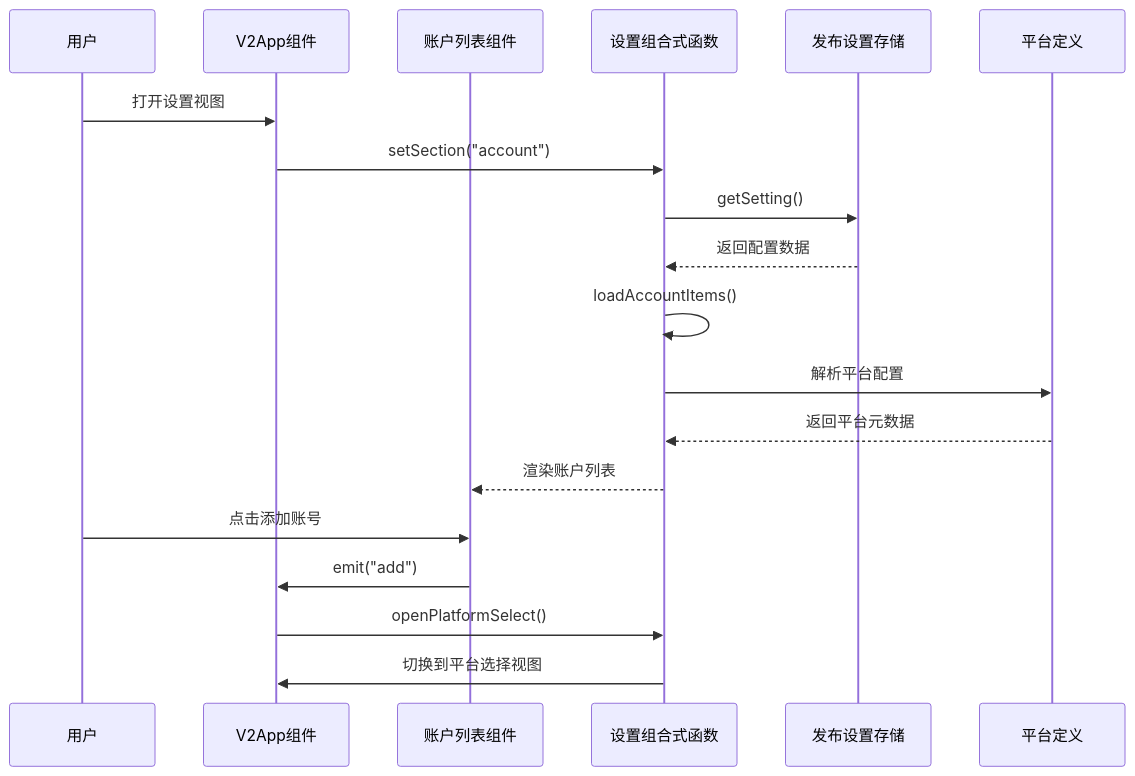
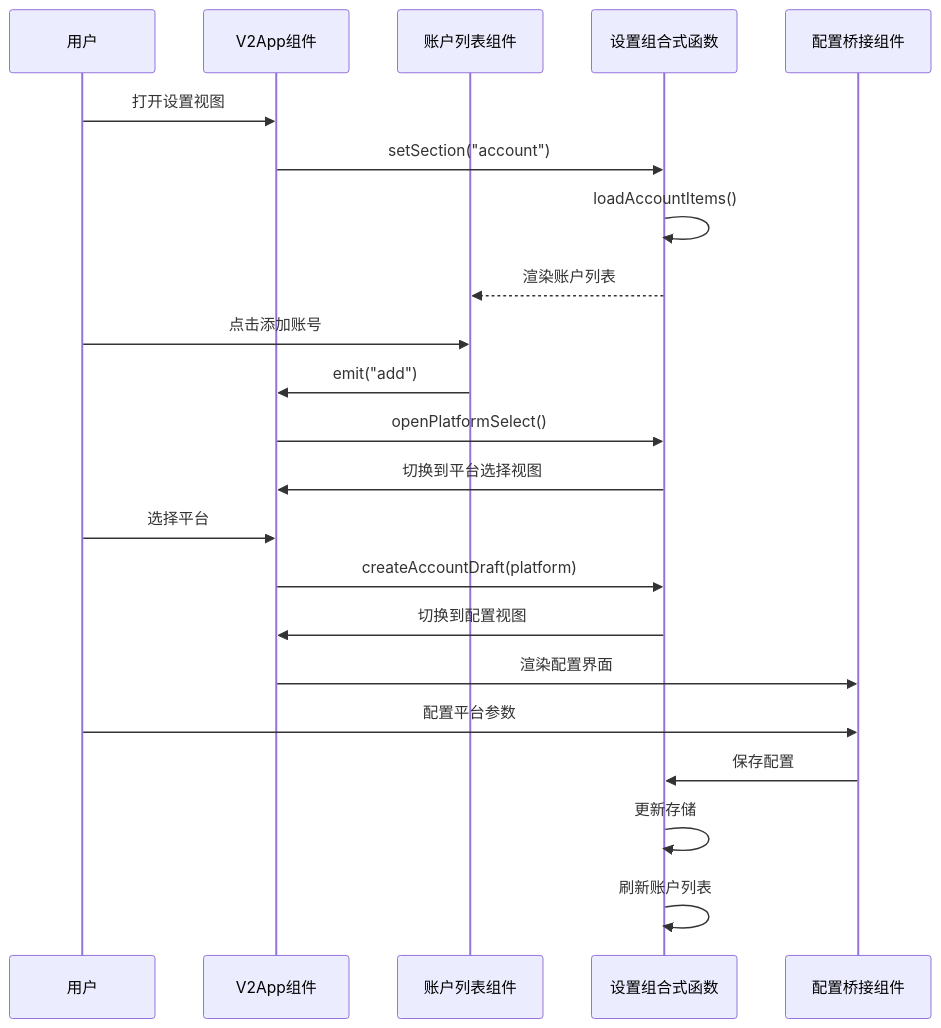
One commit to terwer/siyuan-plugin-publisher changed the second of 9 diagrams in .qoder/repowiki/zh/content/V2 Account List Component.md. Above: the diagram before and after it, drawn with Mermaid. The commit also changed other lines of this file and 27 other files, not shown here.

First line of the commit message:
feat(commonblog): add common blog setting component for platform config

````diff
--- a/.qoder/repowiki/zh/content/V2 Account List Component.md
+++ b/.qoder/repowiki/zh/content/V2 Account List Component.md
@@ -138,21 +123,24 @@
 ```mermaid
 sequenceDiagram
 participant User as 用户
 participant V2App as V2App组件
 participant V2AccountList as 账户列表组件
 participant useV2Settings as 设置组合式函数
-participant Store as 发布设置存储
-participant Platform as 平台定义
+participant V2PlatformConfigBridge as 配置桥接组件
 User->>V2App : 打开设置视图
 V2App->>useV2Settings : setSection("account")
-useV2Settings->>Store : getSetting()
-Store-->>useV2Settings : 返回配置数据
 useV2Settings->>useV2Settings : loadAccountItems()
-useV2Settings->>Platform : 解析平台配置
-Platform-->>useV2Settings : 返回平台元数据
 useV2Settings-->>V2AccountList : 渲染账户列表
 User->>V2AccountList : 点击添加账号
 V2AccountList->>V2App : emit("add")
 V2App->>useV2Settings : openPlatformSelect()
 useV2Settings->>V2App : 切换到平台选择视图
+User->>V2App : 选择平台
+V2App->>useV2Settings : createAccountDraft(platform)
+useV2Settings->>V2App : 切换到配置视图
+V2App->>V2PlatformConfigBridge : 渲染配置界面
+User->>V2PlatformConfigBridge : 配置平台参数
+V2PlatformConfigBridge->>useV2Settings : 保存配置
+useV2Settings->>useV2Settings : 更新存储
+useV2Settings->>useV2Settings : 刷新账户列表
 ```
````
